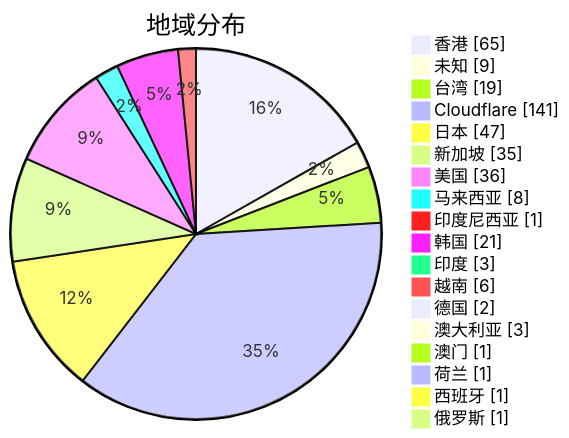
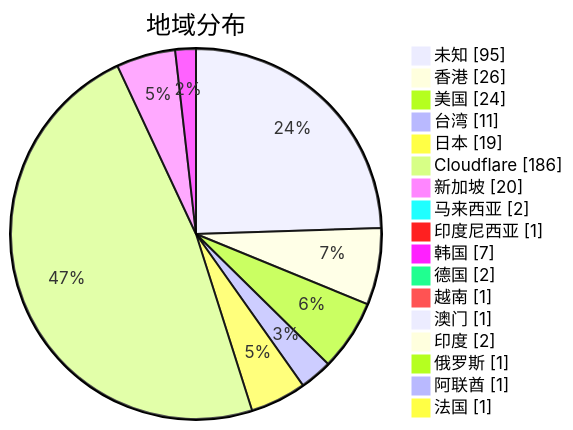
The second of 3 diagrams in subs/statistics/tested_within.md (qjlxg/airport), drawn with Mermaid before and after one commit. The commit also changed other lines of this file and 2 other files, not shown here.

Commit message:
Tested by metaST

````diff
--- a/subs/statistics/tested_within.md
+++ b/subs/statistics/tested_within.md
@@ -13,22 +13,21 @@
 ```mermaid
 pie showData
 title 地域分布
-"香港" : 65
-"未知" : 9
-"台湾" : 19
-"Cloudflare" : 141
-"日本" : 47
-"新加坡" : 35
-"美国" : 36
-"马来西亚" : 8
+"未知" : 95
+"香港" : 26
+"美国" : 24
+"台湾" : 11
+"日本" : 19
+"Cloudflare" : 186
+"新加坡" : 20
+"马来西亚" : 2
 "印度尼西亚" : 1
-"韩国" : 21
-"印度" : 3
-"越南" : 6
+"韩国" : 7
 "德国" : 2
-"澳大利亚" : 3
+"越南" : 1
 "澳门" : 1
-"荷兰" : 1
-"西班牙" : 1
+"印度" : 2
 "俄罗斯" : 1
+"阿联酋" : 1
+"法国" : 1
 ```
````
